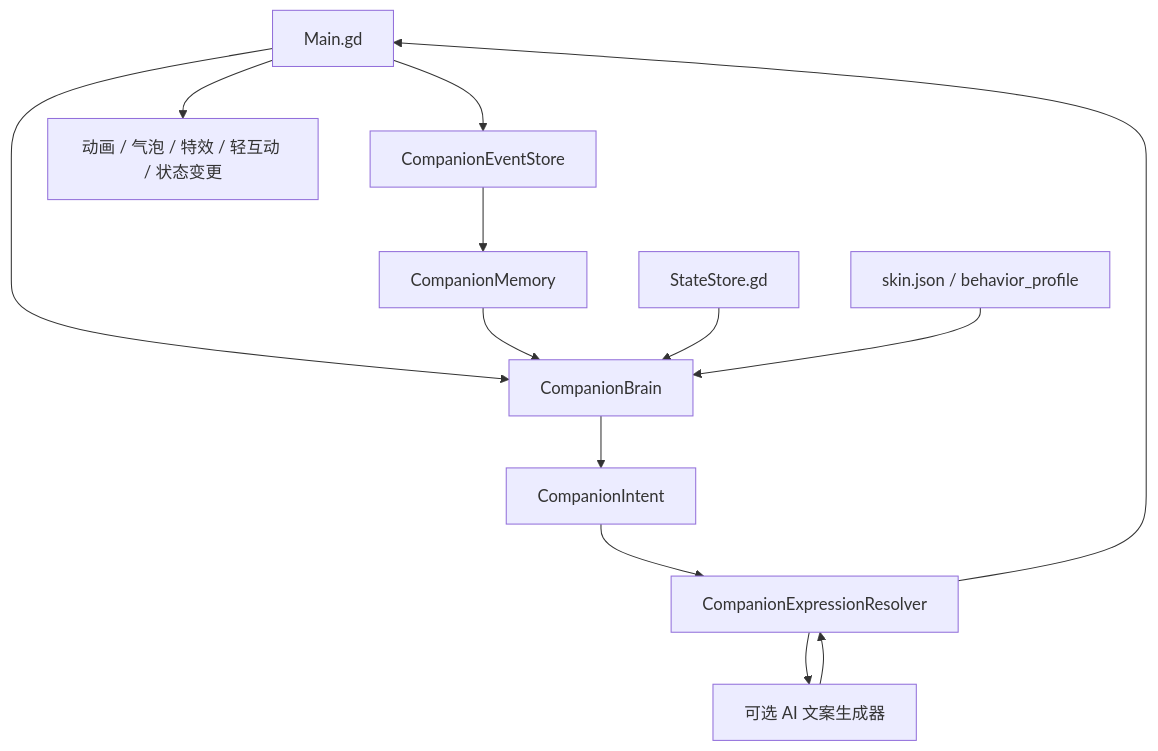
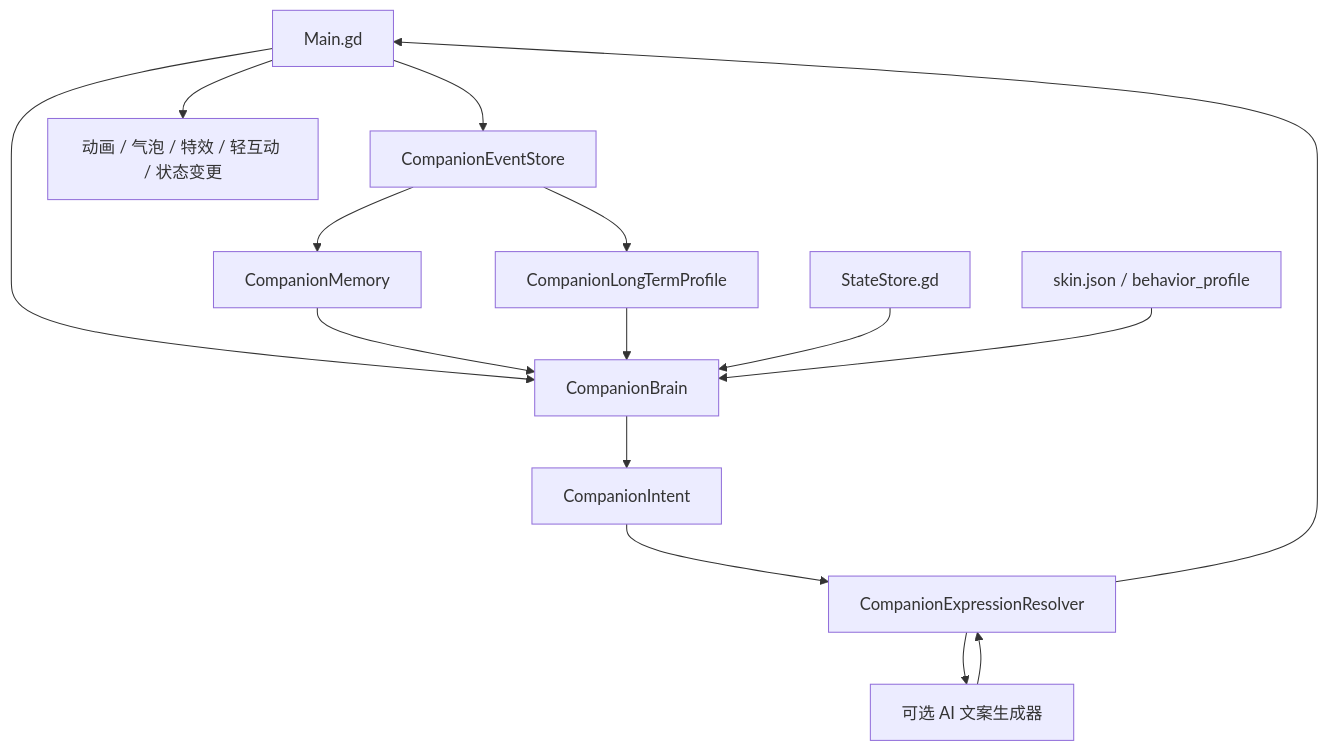
One commit to MzKyle/MascotMate changed the diagram in docs/architecture/companion-model-v2.md. Above: the diagram before and after it, drawn with Mermaid. The commit also changed other lines of this file and 13 other files, not shown here.

````diff
--- a/docs/architecture/companion-model-v2.md
+++ b/docs/architecture/companion-model-v2.md
@@ -56,15 +57,17 @@
 ```mermaid
 flowchart TB
   Main["Main.gd"] --> EventStore["CompanionEventStore"]
   EventStore --> Memory["CompanionMemory"]
+  EventStore --> Profile["CompanionLongTermProfile"]
   Main --> Brain["CompanionBrain"]
   Memory --> Brain
+  Profile --> Brain
   State["StateStore.gd"] --> Brain
   Skin["skin.json / behavior_profile"] --> Brain
   Brain --> Intent["CompanionIntent"]
   Intent --> Expression["CompanionExpressionResolver"]
   Expression --> Main
   Expression --> OptionalAI["可选 AI 文案生成器"]
   OptionalAI --> Expression
   Main --> Runtime["动画 / 气泡 / 特效 / 轻互动 / 状态变更"]
 ```
````
